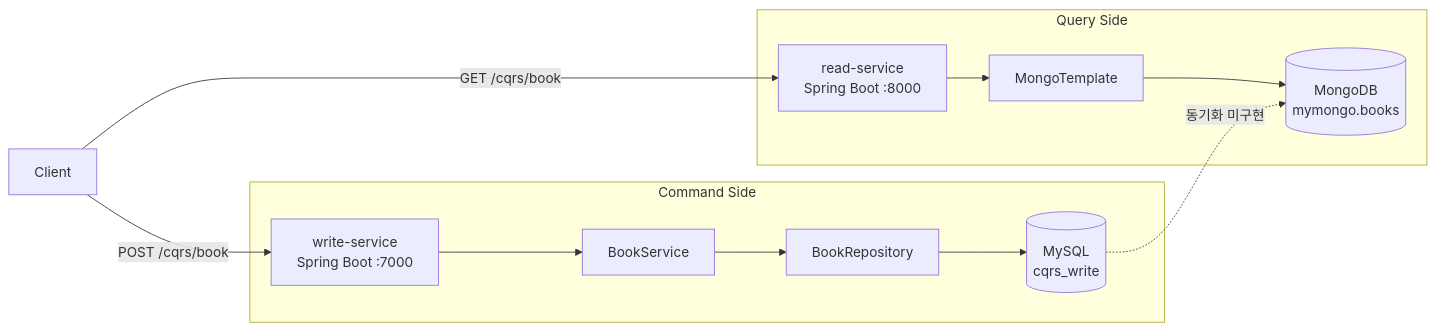
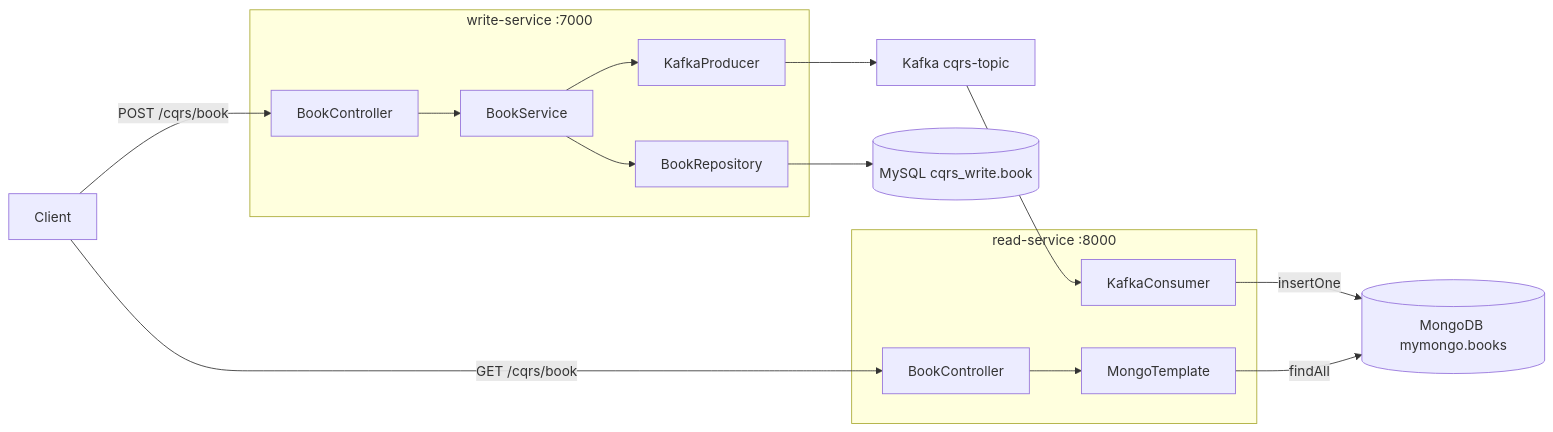
The diagram in README.md (jiwon28/mini_project), drawn with Mermaid before and after one commit. The commit also changed other lines of this file and 11 other files, not shown here.

Commit message:
Connect CQRS services through Kafka and add Docker images

````diff
--- a/README.md
+++ b/README.md
@@ -9,26 +7,20 @@
 ```mermaid
 flowchart LR
     Client[Client]
-
-    subgraph Command[Command Side]
-        WC[write-service<br/>Spring Boot :7000]
-        WS[BookService]
-        WR[BookRepository]
-        MySQL[(MySQL<br/>cqrs_write)]
-
-        WC --> WS --> WR --> MySQL
+    subgraph Write[write-service :7000]
+        WC[BookController] --> WS[BookService]
+        WS --> WR[BookRepository]
+        WS --> KP[KafkaProducer]
     end
-
-    subgraph Query[Query Side]
-        RC[read-service<br/>Spring Boot :8000]
-        MT[MongoTemplate]
-        Mongo[(MongoDB<br/>mymongo.books)]
-
-        RC --> MT --> Mongo
+    WR --> SQL[(MySQL cqrs_write.book)]
+    KP --> K[Kafka cqrs-topic]
+    subgraph Read[read-service :8000]
+        KC[KafkaConsumer]
+        RC[BookController] --> MT[MongoTemplate]
     end
-
+    K --> KC
+    KC -->|insertOne| M[(MongoDB mymongo.books)]
+    MT -->|findAll| M
     Client -->|POST /cqrs/book| WC
     Client -->|GET /cqrs/book| RC
-
-    MySQL -. 동기화 미구현 .-> Mongo
 ```
````
